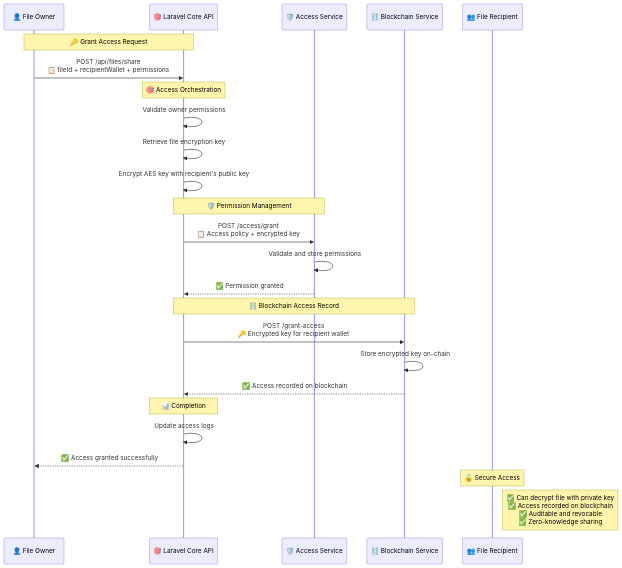
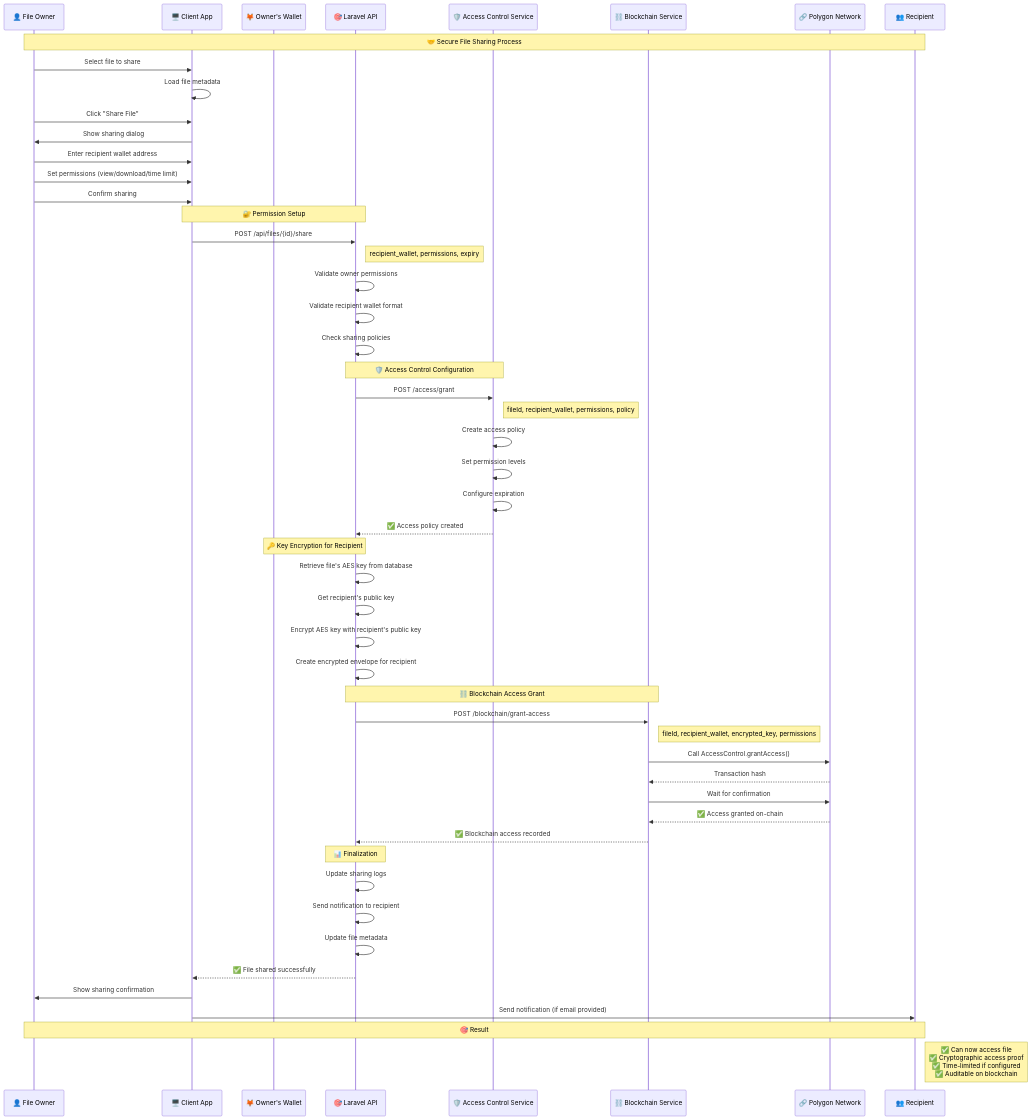
Before and after one commit to MossabMilha/OM-VaultChain: the ninth of 12 diagrams in README.md, drawn with Mermaid. The commit also changed other lines of this file, not shown here.

````diff
--- a/README.md
+++ b/README.md
@@ -296,33 +528,64 @@
 ```mermaid
 sequenceDiagram
-    participant Owner as 👤 File Owner
-    participant Laravel as 🎯 Laravel Core API
-    participant Access as 🛡️ Access Service
-    participant Blockchain as ⛓️ Blockchain Service
-    participant Recipient as 👥 File Recipient
+    participant O as 👤 File Owner
+    participant C as 🖥️ Client App
+    participant W as 🦊 Owner's Wallet
+    participant A as 🎯 Laravel API
+    participant AC as 🛡️ Access Control Service
+    participant B as ⛓️ Blockchain Service
+    participant P as 🔗 Polygon Network
+    participant R as 👥 Recipient
 
-    Note over Owner,Laravel: 🔑 Grant Access Request
-    Owner->>Laravel: POST /api/files/share<br/>📋 fileId + recipientWallet + permissions
+    Note over O,R: 🤝 Secure File Sharing Process
 
-    Note over Laravel: 🎯 Access Orchestration
-    Laravel->>Laravel: Validate owner permissions
-    Laravel->>Laravel: Retrieve file encryption key
-    Laravel->>Laravel: Encrypt AES key with recipient's public key
+    O->>C: Select file to share
+    C->>C: Load file metadata
+    O->>C: Click "Share File"
 
-    Note over Laravel,Access: 🛡️ Permission Management
-    Laravel->>Access: POST /access/grant<br/>📋 Access policy + encrypted key
-    Access->>Access: Validate and store permissions
-    Access-->>Laravel: ✅ Permission granted
+    C->>O: Show sharing dialog
+    O->>C: Enter recipient wallet address
+    O->>C: Set permissions (view/download/time limit)
+    O->>C: Confirm sharing
 
-    Note over Laravel,Blockchain: ⛓️ Blockchain Access Record
-    Laravel->>Blockchain: POST /grant-access<br/>🔑 Encrypted key for recipient wallet
-    Blockchain->>Blockchain: Store encrypted key on-chain
-    Blockchain-->>Laravel: ✅ Access recorded on blockchain
+    Note over C,A: 🔐 Permission Setup
+    C->>A: POST /api/files/{id}/share
+    Note right of A: recipient_wallet, permissions, expiry
+    A->>A: Validate owner permissions
+    A->>A: Validate recipient wallet format
+    A->>A: Check sharing policies
 
-    Note over Laravel: 📊 Completion
-    Laravel->>Laravel: Update access logs
-    Laravel-->>Owner: ✅ Access granted successfully
+    Note over A,AC: 🛡️ Access Control Configuration
+    A->>AC: POST /access/grant
+    Note right of AC: fileId, recipient_wallet, permissions, policy
+    AC->>AC: Create access policy
+    AC->>AC: Set permission levels
+    AC->>AC: Configure expiration
+    AC-->>A: ✅ Access policy created
 
-    Note over Recipient: 🔓 Secure Access
-    Note right of Recipient: ✅ Can decrypt file with private key<br/>✅ Access recorded on blockchain<br/>✅ Auditable and revocable<br/>✅ Zero-knowledge sharing
+    Note over A,W: 🔑 Key Encryption for Recipient
+    A->>A: Retrieve file's AES key from database
+    A->>A: Get recipient's public key
+    A->>A: Encrypt AES key with recipient's public key
+    A->>A: Create encrypted envelope for recipient
+
+    Note over A,B: ⛓️ Blockchain Access Grant
+    A->>B: POST /blockchain/grant-access
+    Note right of B: fileId, recipient_wallet, encrypted_key, permissions
+    B->>P: Call AccessControl.grantAccess()
+    P-->>B: Transaction hash
+    B->>P: Wait for confirmation
+    P-->>B: ✅ Access granted on-chain
+    B-->>A: ✅ Blockchain access recorded
+
+    Note over A: 📊 Finalization
+    A->>A: Update sharing logs
+    A->>A: Send notification to recipient
+    A->>A: Update file metadata
+    A-->>C: ✅ File shared successfully
+
+    C->>O: Show sharing confirmation
+    C->>R: Send notification (if email provided)
+
+    Note over O,R: 🎯 Result
+    Note right of R: ✅ Can now access file<br/>✅ Cryptographic access proof<br/>✅ Time-limited if configured<br/>✅ Auditable on blockchain
 ```
````
